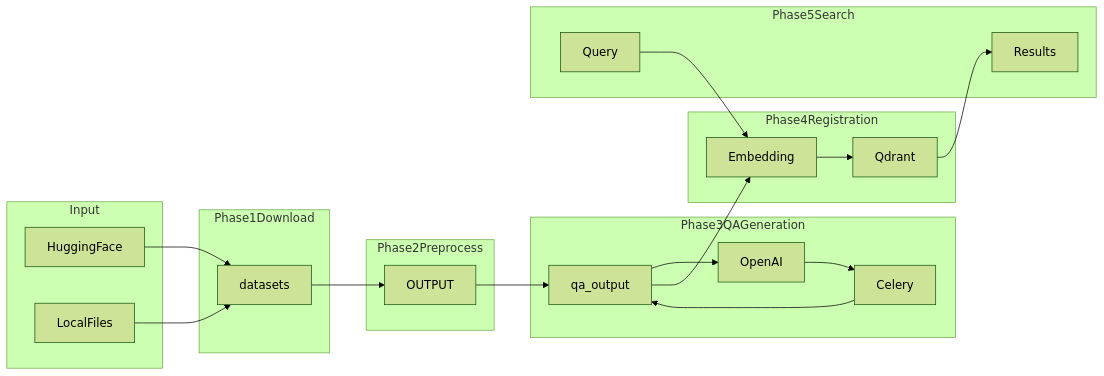
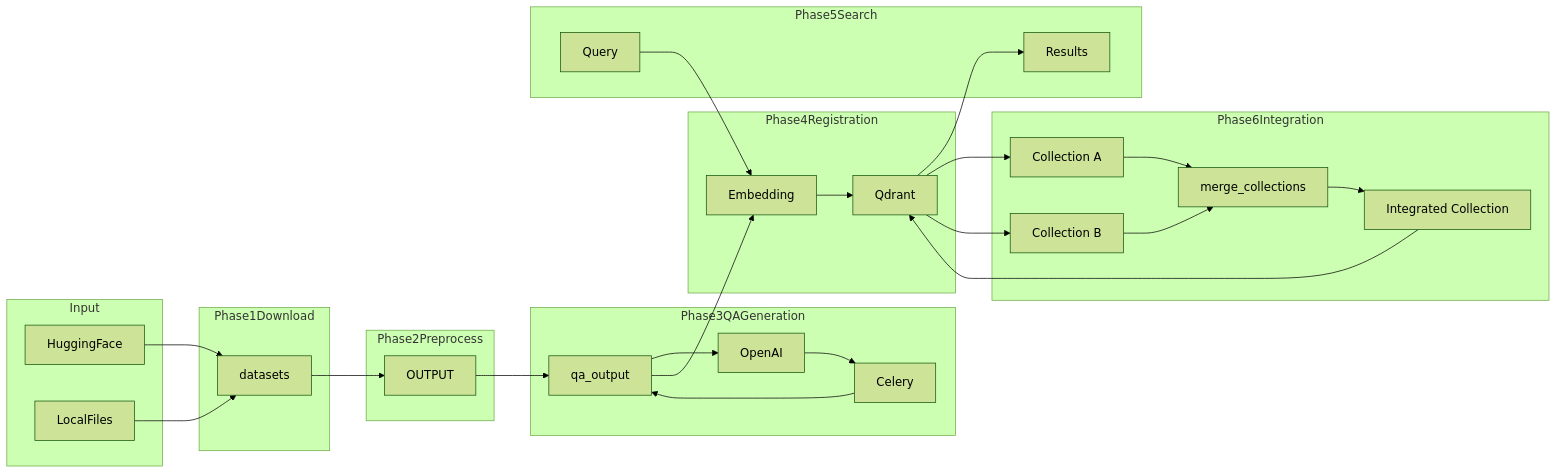
One commit to nakashima2toshio/openai_rag_qa_jp changed the third of 11 diagrams in doc/rag_qa_pair_qdrant.md. Above: the diagram before and after it, drawn with Mermaid (forest theme). The commit also changed other lines of this file and 13 other files, not shown here.

````diff
--- a/doc/rag_qa_pair_qdrant.md
+++ b/doc/rag_qa_pair_qdrant.md
@@ -261,43 +272,57 @@
 ```mermaid
 flowchart LR
     subgraph Input
         HF[HuggingFace]
         LF[LocalFiles]
     end
 
     subgraph Phase1Download
         DS[datasets]
     end
 
     subgraph Phase2Preprocess
         OUT[OUTPUT]
     end
 
     subgraph Phase3QAGeneration
         QA[qa_output]
         OAI1[OpenAI]
         CEL[Celery]
     end
 
     subgraph Phase4Registration
         OAI2[Embedding]
         QDB[Qdrant]
     end
 
     subgraph Phase5Search
         QRY[Query]
         RES[Results]
     end
 
+    subgraph Phase6Integration
+        COL_A[Collection A]
+        COL_B[Collection B]
+        MERGE[merge_collections]
+        INT[Integrated Collection]
+    end
+
     HF --> DS
     LF --> DS
     DS --> OUT
     OUT --> QA
     QA --> OAI1
     OAI1 --> CEL
     CEL --> QA
     QA --> OAI2
     OAI2 --> QDB
     QRY --> OAI2
     QDB --> RES
+
+    QDB --> COL_A
+    QDB --> COL_B
+    COL_A --> MERGE
+    COL_B --> MERGE
+    MERGE --> INT
+    INT --> QDB
 ```
````
